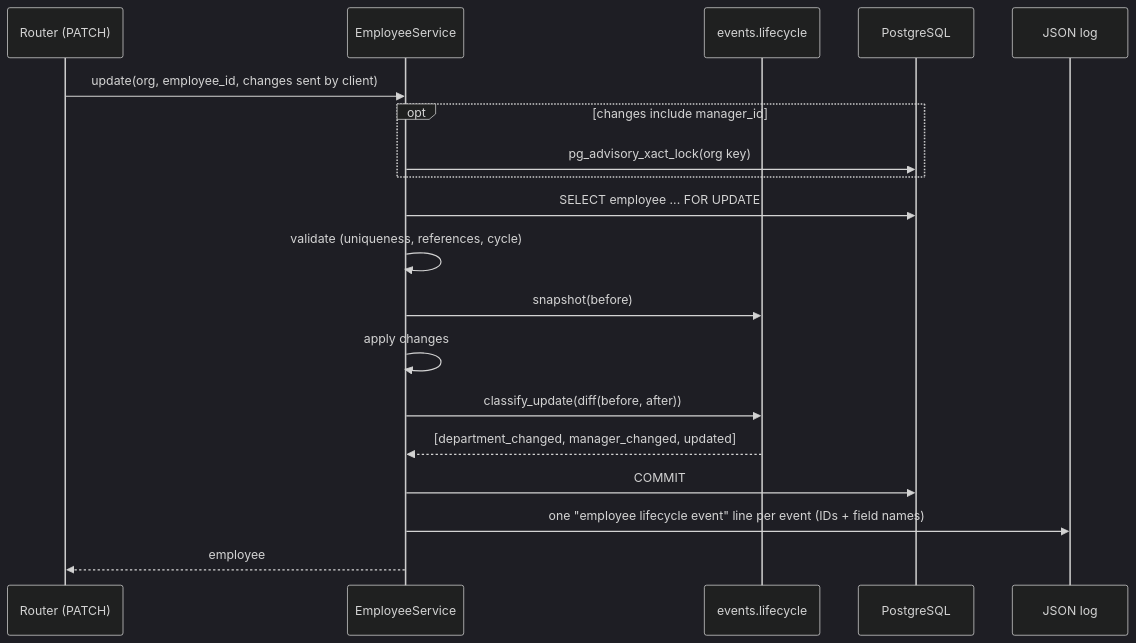
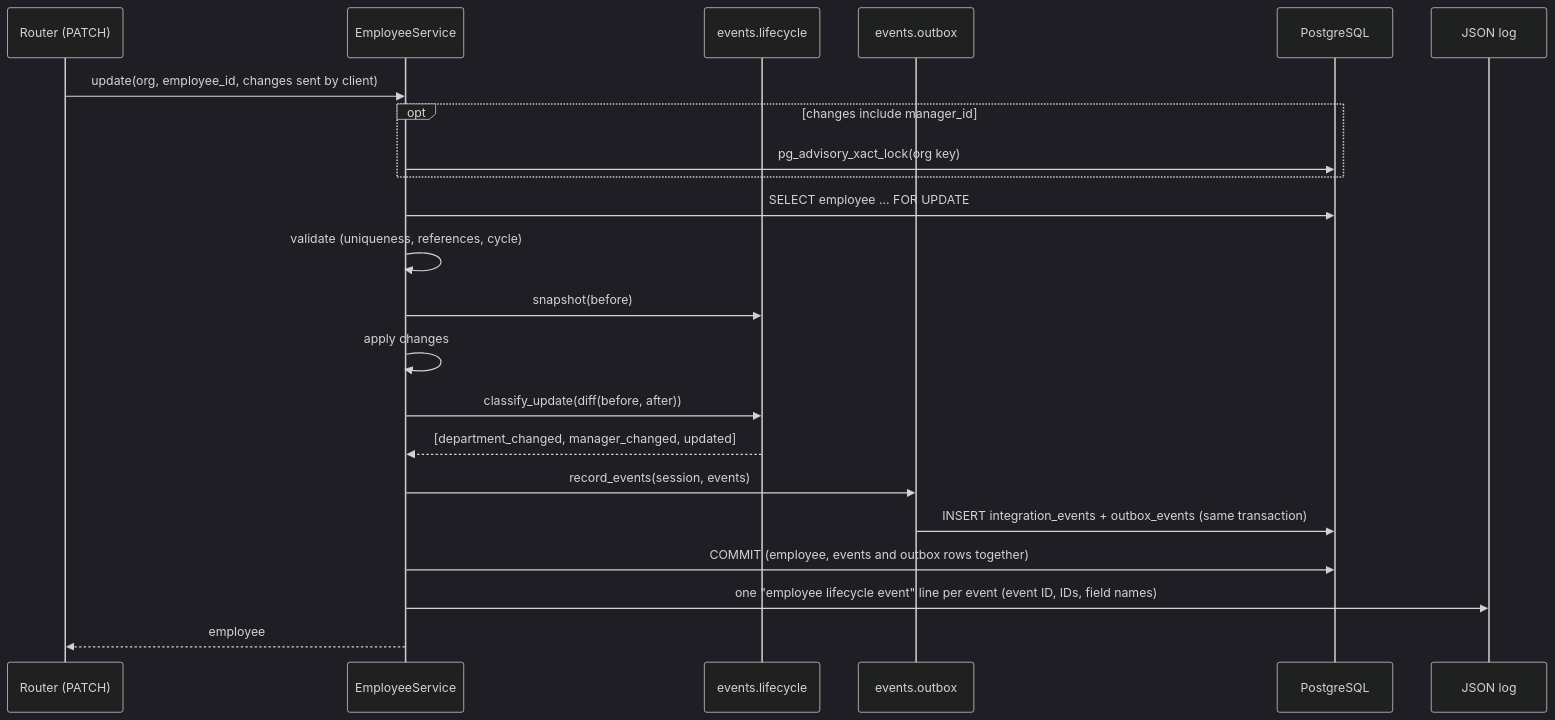
One commit to praneeth-srikurmadasu/syncforge changed the third of 4 diagrams in docs/06-component-design.md. Above: the diagram before and after it, drawn with Mermaid (dark theme). The commit also changed other lines of this file and 29 other files, not shown here.

First line of the commit message:
docs: document Phase 5 event-driven architecture and workflow engine

````diff
--- a/docs/06-component-design.md
+++ b/docs/06-component-design.md
@@ -110,22 +112,25 @@
 ```mermaid
 sequenceDiagram
     participant R as Router (PATCH)
     participant S as EmployeeService
     participant L as events.lifecycle
+    participant O as events.outbox
     participant DB as PostgreSQL
     participant Log as JSON log
 
     R->>S: update(org, employee_id, changes sent by client)
     opt changes include manager_id
         S->>DB: pg_advisory_xact_lock(org key)
     end
     S->>DB: SELECT employee ... FOR UPDATE
     S->>S: validate (uniqueness, references, cycle)
     S->>L: snapshot(before)
     S->>S: apply changes
     S->>L: classify_update(diff(before, after))
     L-->>S: [department_changed, manager_changed, updated]
-    S->>DB: COMMIT
-    S->>Log: one "employee lifecycle event" line per event (IDs + field names)
+    S->>O: record_events(session, events)
+    O->>DB: INSERT integration_events + outbox_events (same transaction)
+    S->>DB: COMMIT (employee, events and outbox rows together)
+    S->>Log: one "employee lifecycle event" line per event (event ID, IDs, field names)
     S-->>R: employee
 ```
````
